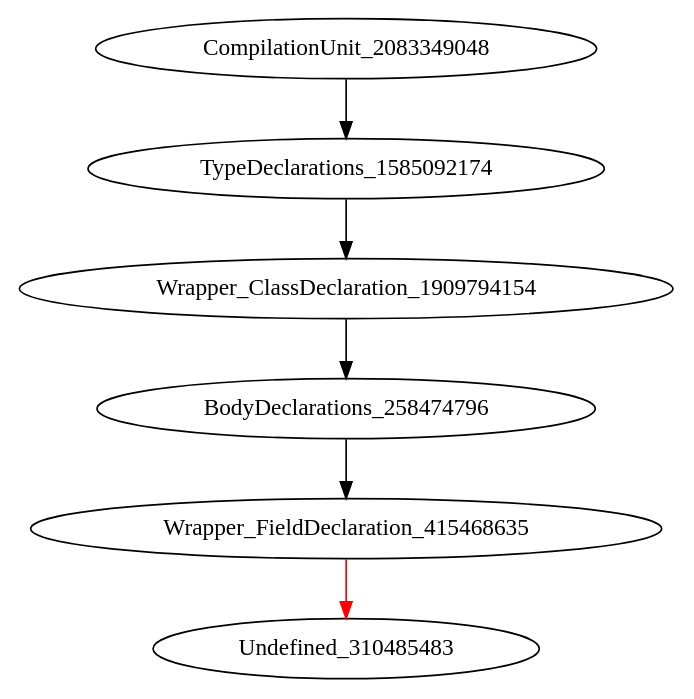
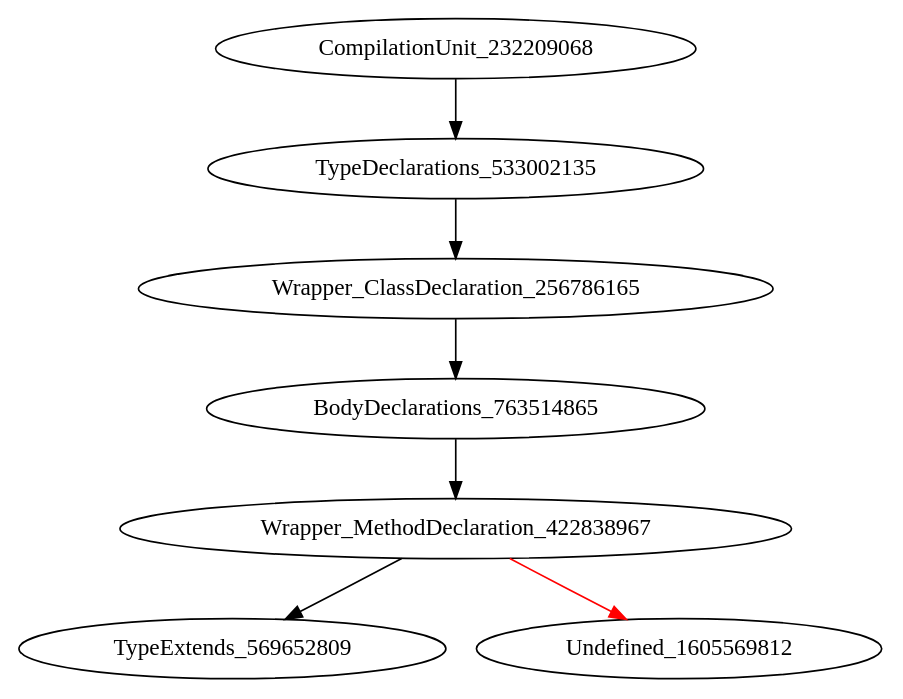
One commit to icse2023material/VoiceJava changed the diagram in holeAST.dot. Above: the diagram before and after it, drawn with Graphviz. The commit also changed 12 other files, not shown here.

```diff
--- a/holeAST.dot
+++ b/holeAST.dot
@@ -1,7 +1,8 @@
 digraph {
-CompilationUnit_2083349048 -> TypeDeclarations_1585092174
-TypeDeclarations_1585092174 -> Wrapper_ClassDeclaration_1909794154
-Wrapper_ClassDeclaration_1909794154 -> BodyDeclarations_258474796
-BodyDeclarations_258474796 -> Wrapper_FieldDeclaration_415468635
-Wrapper_FieldDeclaration_415468635 -> Undefined_310485483 [color = red] 
+CompilationUnit_232209068 -> TypeDeclarations_533002135
+TypeDeclarations_533002135 -> Wrapper_ClassDeclaration_256786165
+Wrapper_ClassDeclaration_256786165 -> BodyDeclarations_763514865
+BodyDeclarations_763514865 -> Wrapper_MethodDeclaration_422838967
+Wrapper_MethodDeclaration_422838967 -> TypeExtends_569652809
+Wrapper_MethodDeclaration_422838967 -> Undefined_1605569812 [color = red] 
 }
```
